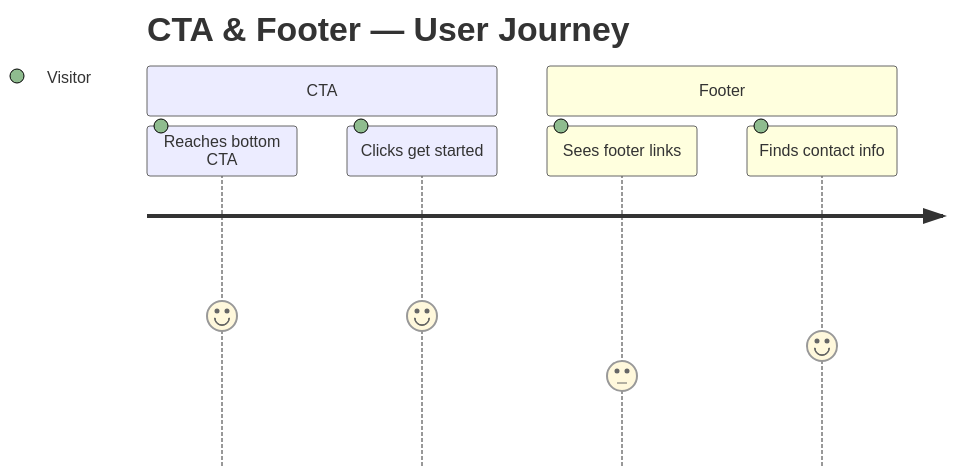
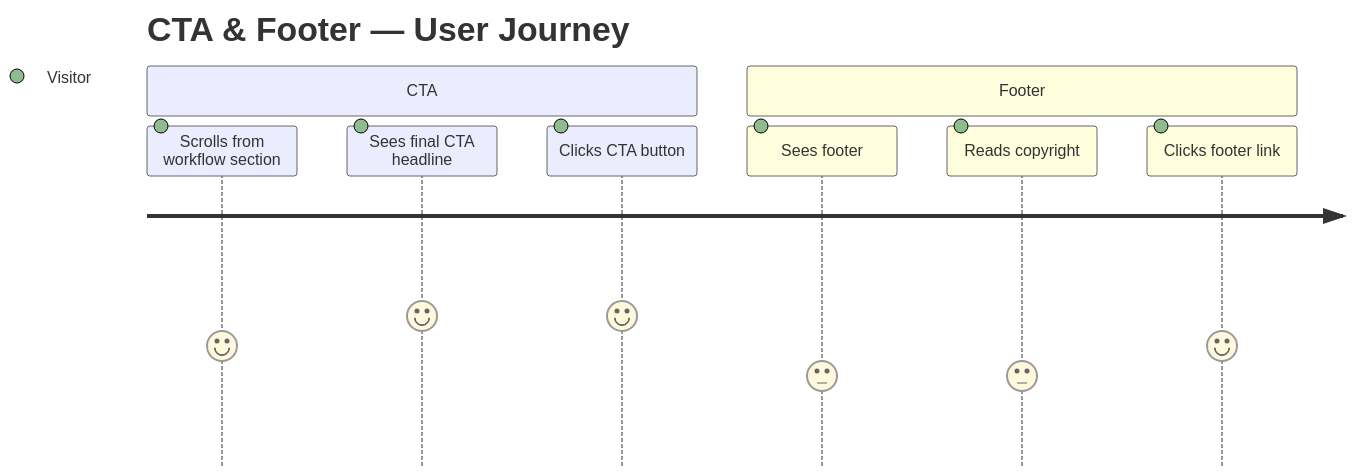
Before and after one commit to Maximumsoft-Co-LTD/claude-foundation-template: the first of 2 diagrams in docs/sprints/sprint-01/task-004/task-004-frontend.md, drawn with Mermaid. The commit also changed other lines of this file and 4 other files, not shown here.

First line of the commit message:
task-004 feat: add CTA section, footer, and responsive polish

````diff
--- a/docs/sprints/sprint-01/task-004/task-004-frontend.md
+++ b/docs/sprints/sprint-01/task-004/task-004-frontend.md
@@ -21,10 +52,12 @@
 ```mermaid
 journey
     title CTA & Footer — User Journey
     section CTA
-        Reaches bottom CTA     : 5 : Visitor
-        Clicks get started     : 5 : Visitor
+        Scrolls from workflow section : 4 : Visitor
+        Sees final CTA headline       : 5 : Visitor
+        Clicks CTA button             : 5 : Visitor
     section Footer
-        Sees footer links      : 3 : Visitor
-        Finds contact info     : 4 : Visitor
+        Sees footer                   : 3 : Visitor
+        Reads copyright               : 3 : Visitor
+        Clicks footer link            : 4 : Visitor
 ```
````
